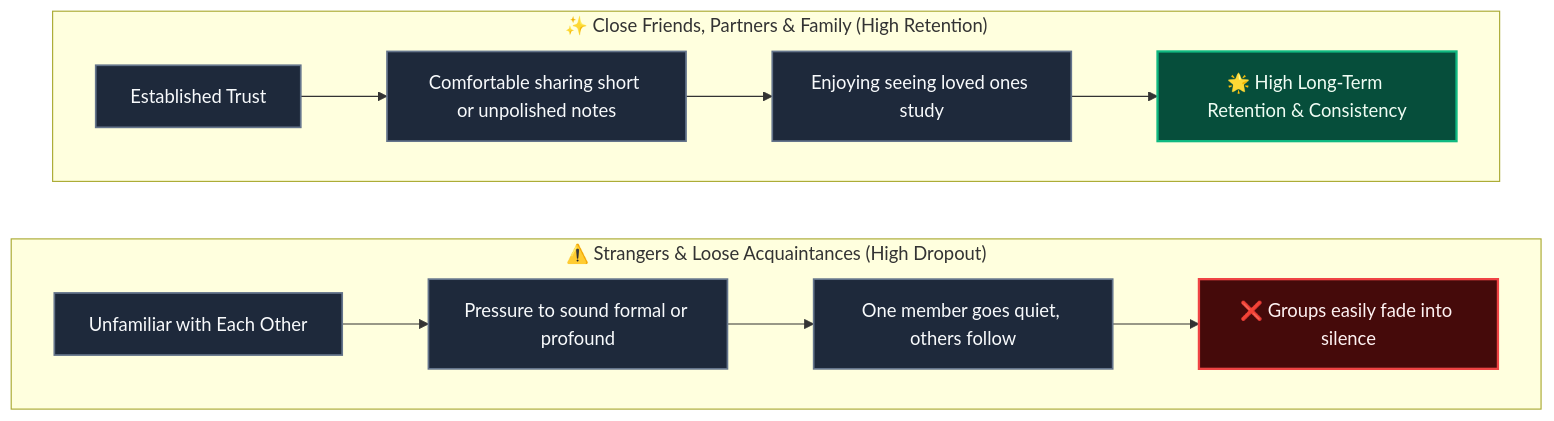
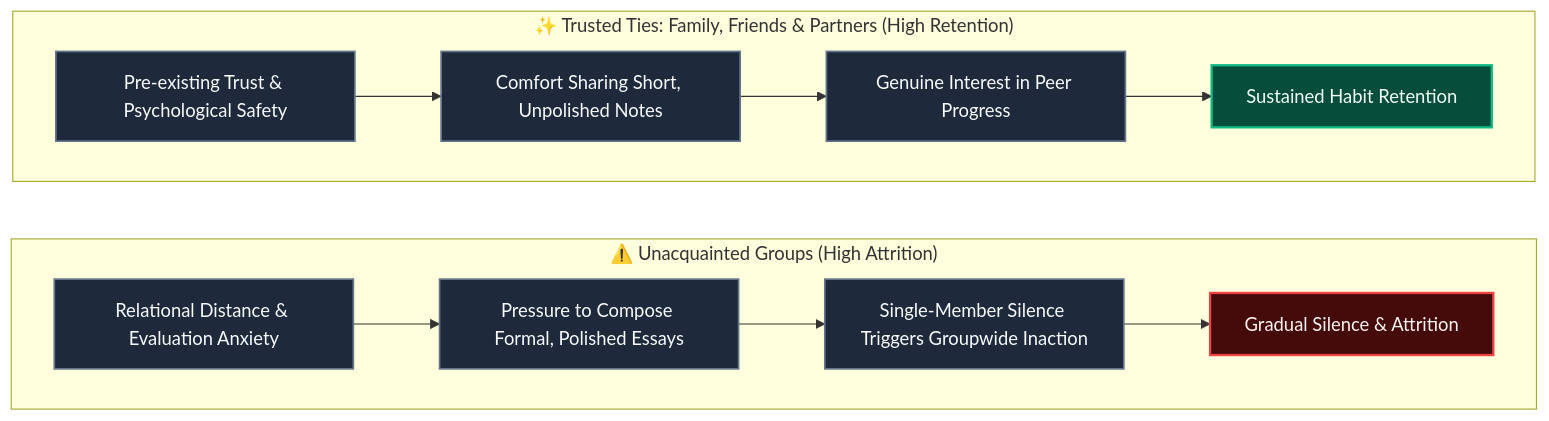
Before and after one commit to ScriptureHabit/scripture-habit: the second of 2 diagrams in docs/ux-small-groups-and-peer-accountability.md, drawn with Mermaid. The commit also changed other lines of this file and 57 other files, not shown here.

Commit message:
docs: refine documentation prose and add structured diagram breakdowns across JA and EN

````diff
--- a/docs/ux-small-groups-and-peer-accountability.md
+++ b/docs/ux-small-groups-and-peer-accountability.md
@@ -53,20 +51,20 @@
 ```mermaid
 flowchart TD
     classDef good fill:#064e3b,stroke:#10b981,stroke-width:2px,color:#f0fdf4;
     classDef bad fill:#450a0a,stroke:#ef4444,stroke-width:2px,color:#fef2f2;
     classDef step fill:#1e293b,stroke:#64748b,stroke-width:1.5px,color:#f8fafc;
 
-    subgraph SG_Close["✨ Close Friends, Partners & Family (High Retention)"]
-        ST1["Established Trust"]:::step --> ST2["Comfortable sharing short or unpolished notes"]:::step
-        ST2 --> ST3["Enjoying seeing loved ones study"]:::step
-        ST3 --> ST4["🌟 High Long-Term Retention & Consistency"]:::good
+    subgraph SG_Close["✨ Trusted Ties: Family, Friends & Partners (High Retention)"]
+        ST1["Pre-existing Trust & Psychological Safety"]:::step --> ST2["Comfort Sharing Short, Unpolished Notes"]:::step
+        ST2 --> ST3["Genuine Interest in Peer Progress"]:::step
+        ST3 --> ST4["Sustained Habit Retention"]:::good
     end
 
-    subgraph SG_Strangers["⚠️ Strangers & Loose Acquaintances (High Dropout)"]
-        WT1["Unfamiliar with Each Other"]:::step --> WT2["Pressure to sound formal or profound"]:::step
-        WT2 --> WT3["One member goes quiet, others follow"]:::step
-        WT3 --> WT4["❌ Groups easily fade into silence"]:::bad
+    subgraph SG_Strangers["⚠️ Unacquainted Groups (High Attrition)"]
+        WT1["Relational Distance & Evaluation Anxiety"]:::step --> WT2["Pressure to Compose Formal, Polished Essays"]:::step
+        WT2 --> WT3["Single-Member Silence Triggers Groupwide Inaction"]:::step
+        WT3 --> WT4["Gradual Silence & Attrition"]:::bad
     end
 
     SG_Close ~~~ SG_Strangers
 ```
````
